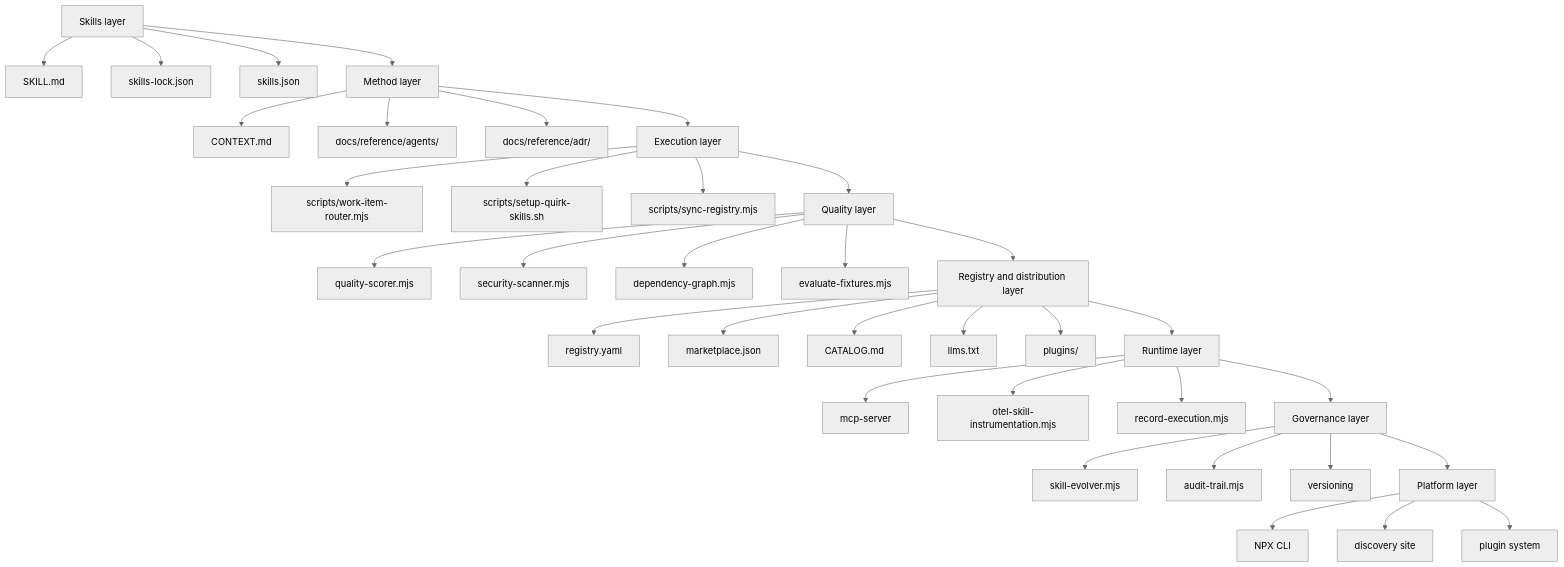
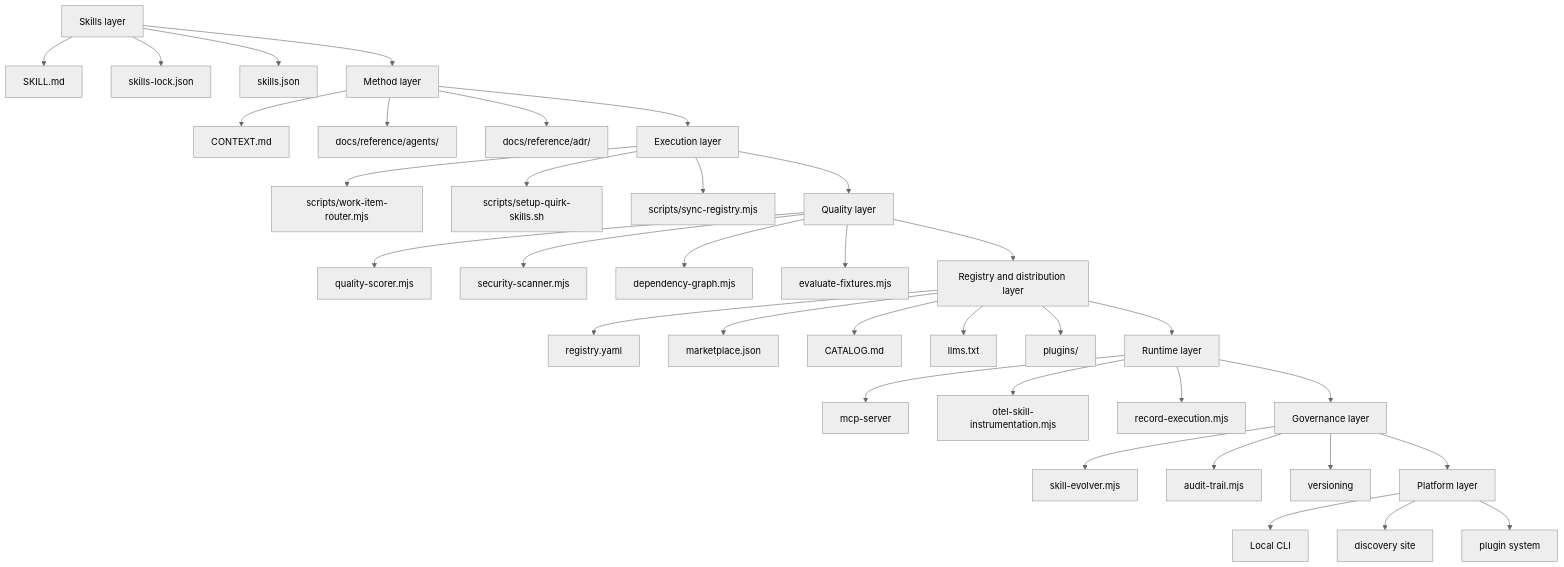
One commit to quantumquirkxyz/skills-quirk changed the first of 2 diagrams in docs/reference/wiki/Architecture.md. Above: the diagram before and after it, drawn with Mermaid (neutral theme). The commit also changed other lines of this file and 8 other files, not shown here.

````diff
--- a/docs/reference/wiki/Architecture.md
+++ b/docs/reference/wiki/Architecture.md
@@ -11,45 +11,45 @@
 ```mermaid
 flowchart TD
     A[Skills layer] --> A1[SKILL.md]
     A --> A2[skills-lock.json]
     A --> A3[skills.json]
 
     B[Method layer] --> B1[CONTEXT.md]
     B --> B2[docs/reference/agents/]
     B --> B3[docs/reference/adr/]
 
     C[Execution layer] --> C1[scripts/work-item-router.mjs]
     C --> C2[scripts/setup-quirk-skills.sh]
     C --> C3[scripts/sync-registry.mjs]
 
     D[Quality layer] --> D1[quality-scorer.mjs]
     D --> D2[security-scanner.mjs]
     D --> D3[dependency-graph.mjs]
     D --> D4[evaluate-fixtures.mjs]
 
     E[Registry and distribution layer] --> E1[registry.yaml]
     E --> E2[marketplace.json]
     E --> E3[CATALOG.md]
     E --> E4[llms.txt]
     E --> E5[plugins/]
 
     F[Runtime layer] --> F1[mcp-server]
     F --> F2[otel-skill-instrumentation.mjs]
     F --> F3[record-execution.mjs]
 
     G[Governance layer] --> G1[skill-evolver.mjs]
     G --> G2[audit-trail.mjs]
     G --> G3[versioning]
 
-    H[Platform layer] --> H1[NPX CLI]
+    H[Platform layer] --> H1[Local CLI]
     H --> H2[discovery site]
     H --> H3[plugin system]
 
     A --> B
     B --> C
     C --> D
     D --> E
     E --> F
     F --> G
     G --> H
 ```
````
